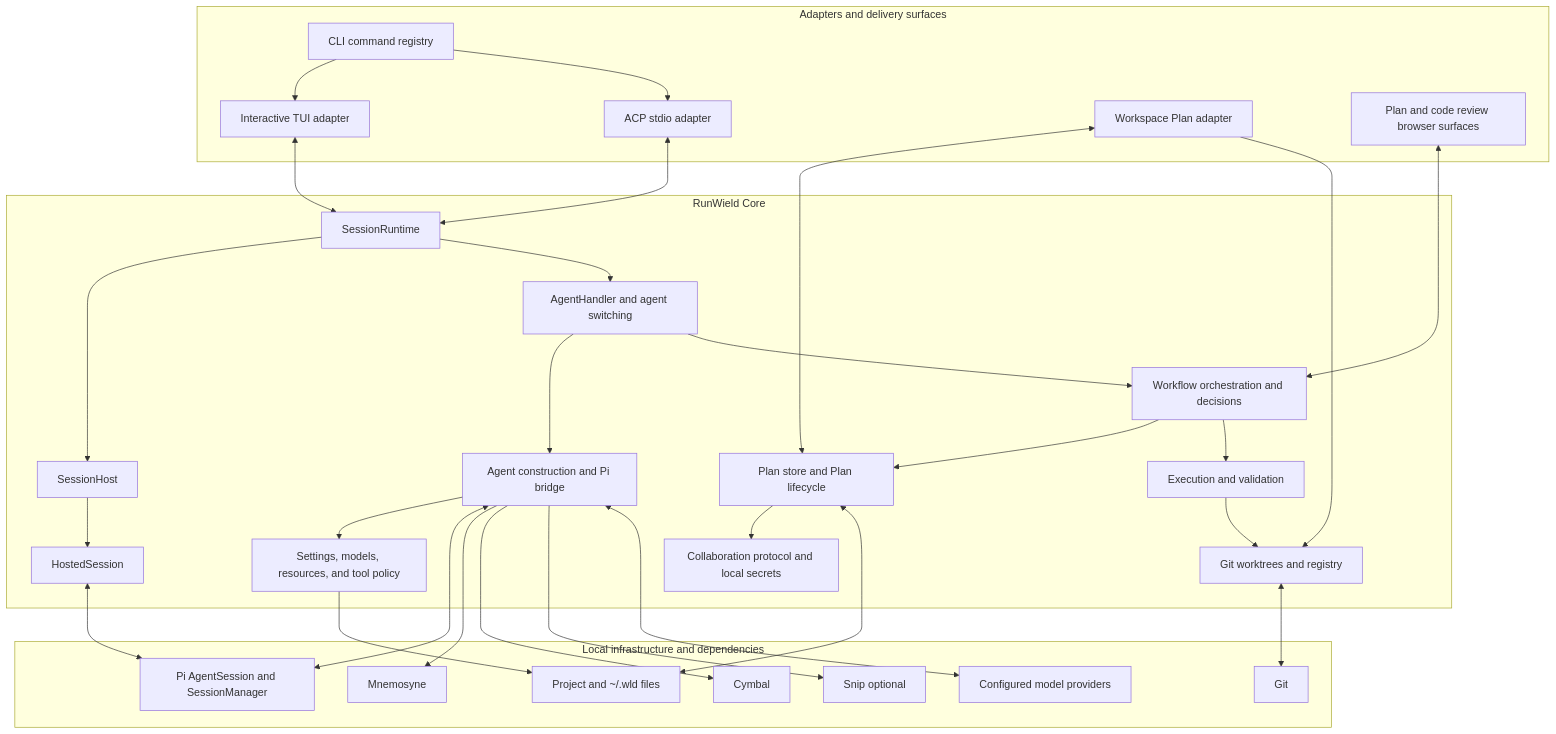
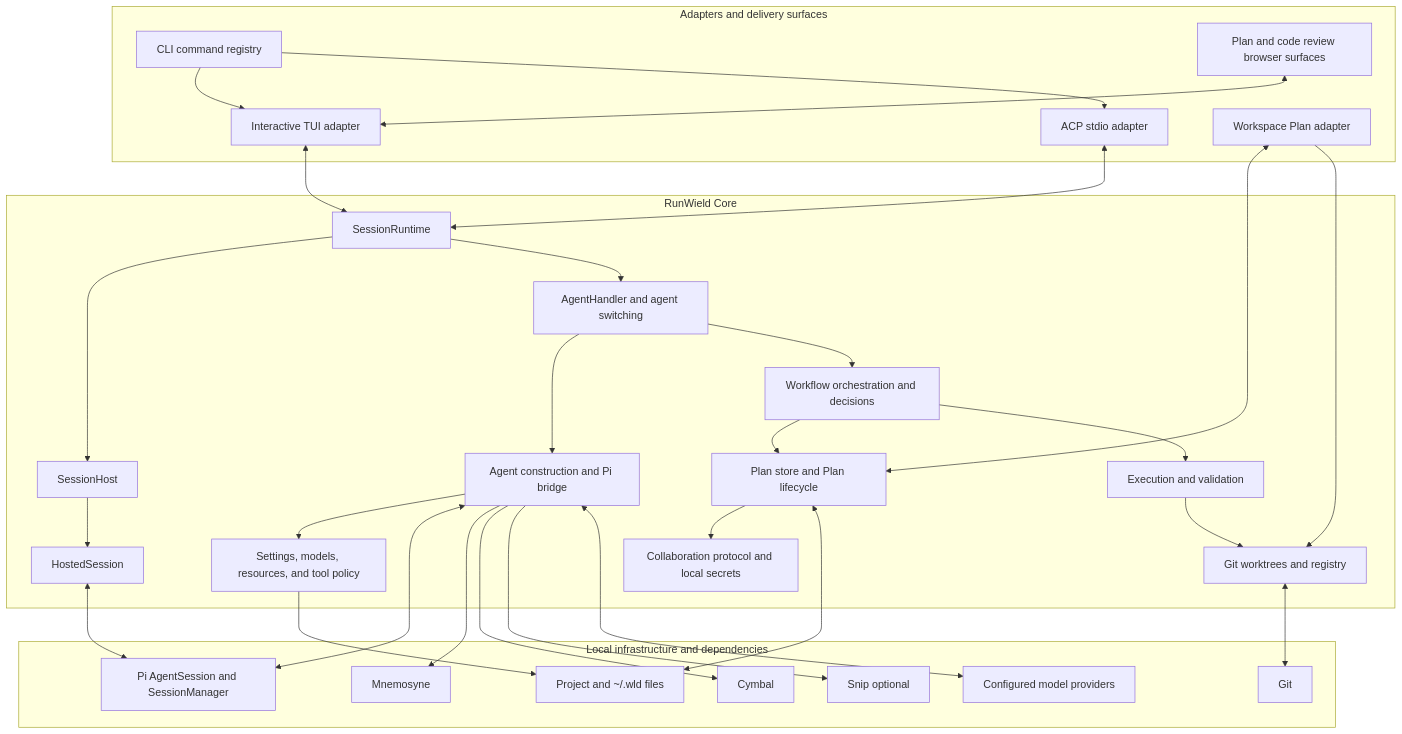
One commit to gandazgul/runwield changed the first of 13 diagrams in architecture.md. Above: the diagram before and after it, drawn with Mermaid. The commit also changed other lines of this file and 115 other files, not shown here.

````diff
--- a/architecture.md
+++ b/architecture.md
@@ -26,63 +25,63 @@
 ```mermaid
 flowchart TB
     subgraph Adapters["Adapters and delivery surfaces"]
         CLI["CLI command registry"]
         TUI["Interactive TUI adapter"]
         ACP["ACP stdio adapter"]
         Workspace["Workspace Plan adapter"]
         ReviewUI["Plan and code review browser surfaces"]
     end
 
     subgraph Core["RunWield Core"]
         Runtime["SessionRuntime"]
         Host["SessionHost"]
         Hosted["HostedSession"]
         AgentHandler["AgentHandler and agent switching"]
         AgentFactory["Agent construction and Pi bridge"]
         Workflow["Workflow orchestration and decisions"]
         PlanDomain["Plan store and Plan lifecycle"]
         Execution["Execution and validation"]
         Worktrees["Git worktrees and registry"]
         Configuration["Settings, models, resources, and tool policy"]
         Collaboration["Collaboration protocol and local secrets"]
     end
 
     subgraph Infrastructure["Local infrastructure and dependencies"]
         Pi["Pi AgentSession and SessionManager"]
         Files["Project and ~/.wld files"]
         Git["Git"]
         Mnemosyne["Mnemosyne"]
         Cymbal["Cymbal"]
         Snip["Snip optional"]
         ModelAPI["Configured model providers"]
     end
 
     CLI --> TUI
     CLI --> ACP
     TUI <--> Runtime
     ACP <--> Runtime
     Workspace <--> PlanDomain
     Workspace --> Worktrees
-    ReviewUI <--> Workflow
+    ReviewUI <--> TUI
 
     Runtime --> Host
     Host --> Hosted
     Runtime --> AgentHandler
     AgentHandler --> AgentFactory
     AgentHandler --> Workflow
     Workflow --> PlanDomain
     Workflow --> Execution
     Execution --> Worktrees
     AgentFactory --> Configuration
     PlanDomain --> Collaboration
 
     AgentFactory <--> Pi
     Configuration --> Files
     PlanDomain <--> Files
     Hosted <--> Pi
     Worktrees <--> Git
     AgentFactory --> Mnemosyne
     AgentFactory --> Cymbal
     AgentFactory --> Snip
     AgentFactory <--> ModelAPI
 ```
````
